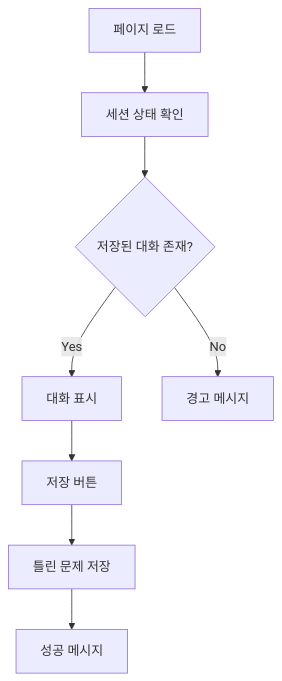
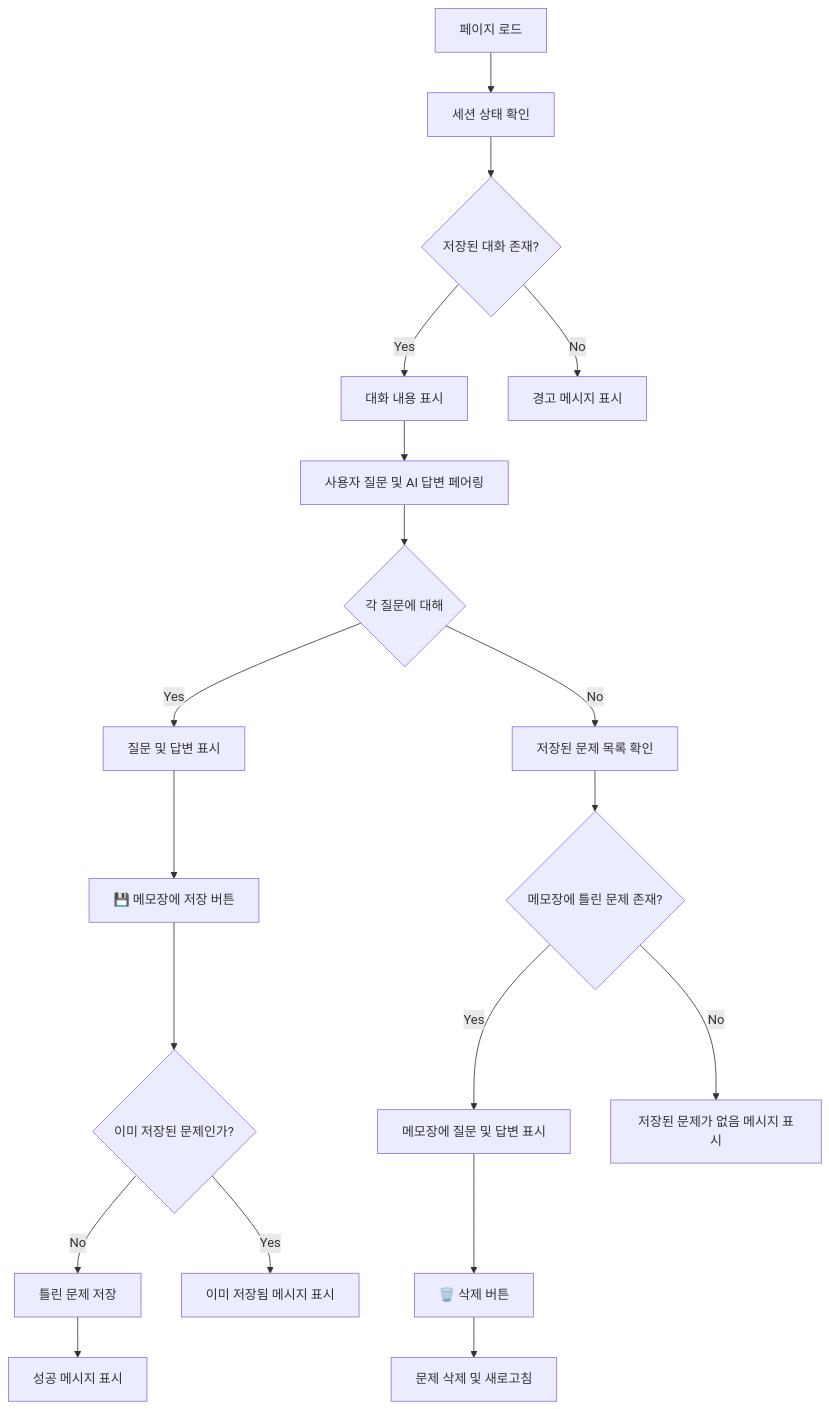
The fourth of 6 diagrams in README.md (SKNETWORKS-FAMILY-AICAMP/SKN03-4th-3Team), drawn with Mermaid before and after one commit.

Commit message:
Update README.md
save.py 파일 수정

````diff
--- a/README.md
+++ b/README.md
@@ -113,10 +113,22 @@
 ```mermaid
 flowchart TD
     A[페이지 로드] --> B[세션 상태 확인]
     B --> C{저장된 대화 존재?}
-    C -->|Yes| D[대화 표시]
-    C -->|No| E[경고 메시지]
-    D --> F[저장 버튼]
-    F --> G[틀린 문제 저장]
-    G --> H[성공 메시지]
+    C -->|Yes| D[대화 내용 표시]
+    C -->|No| E[경고 메시지 표시]
+    D --> F[사용자 질문 및 AI 답변 페어링]
+    F --> G{각 질문에 대해}
+    G -->|Yes| H[질문 및 답변 표시]
+    H --> I[💾 메모장에 저장 버튼]
+    I --> J{이미 저장된 문제인가?}
+    J -->|No| K[틀린 문제 저장]
+    K --> L[성공 메시지 표시]
+    J -->|Yes| M[이미 저장됨 메시지 표시]
+    G -->|No| N[저장된 문제 목록 확인]
+    N --> O{메모장에 틀린 문제 존재?}
+    O -->|Yes| P[메모장에 질문 및 답변 표시]
+    P --> Q[🗑️ 삭제 버튼]
+    Q --> R[문제 삭제 및 새로고침]
+    O -->|No| S[저장된 문제가 없음 메시지 표시]
+
 ```
````
